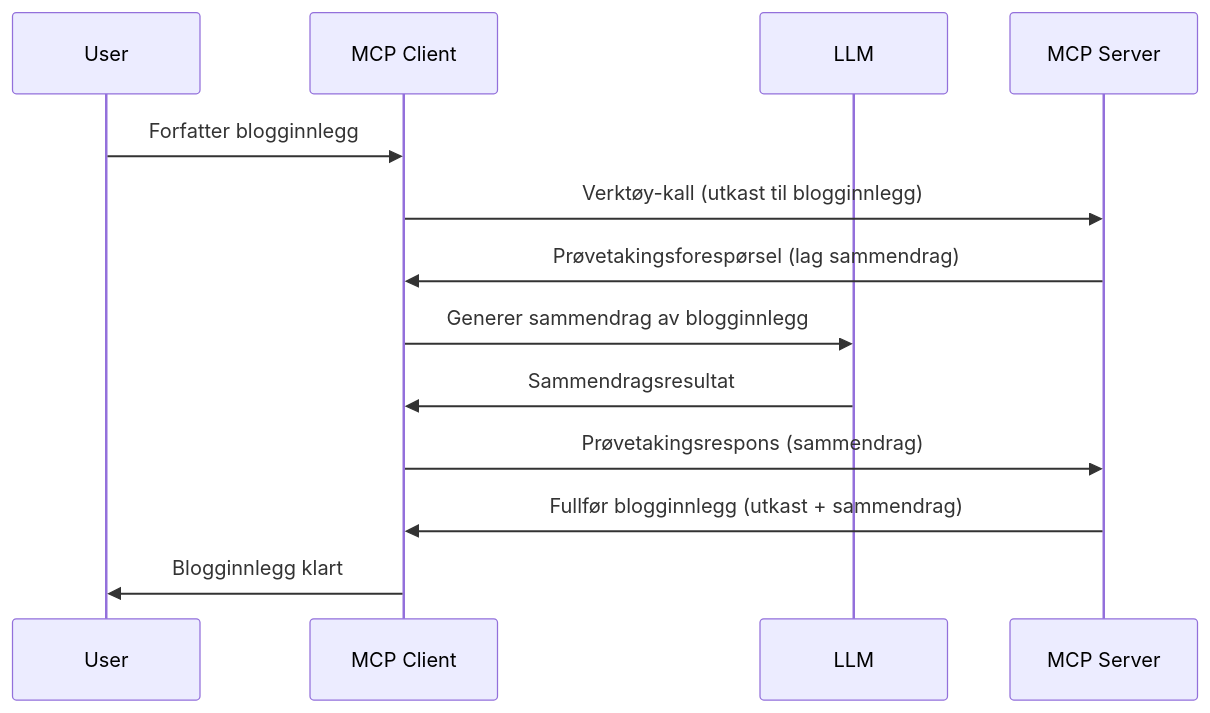
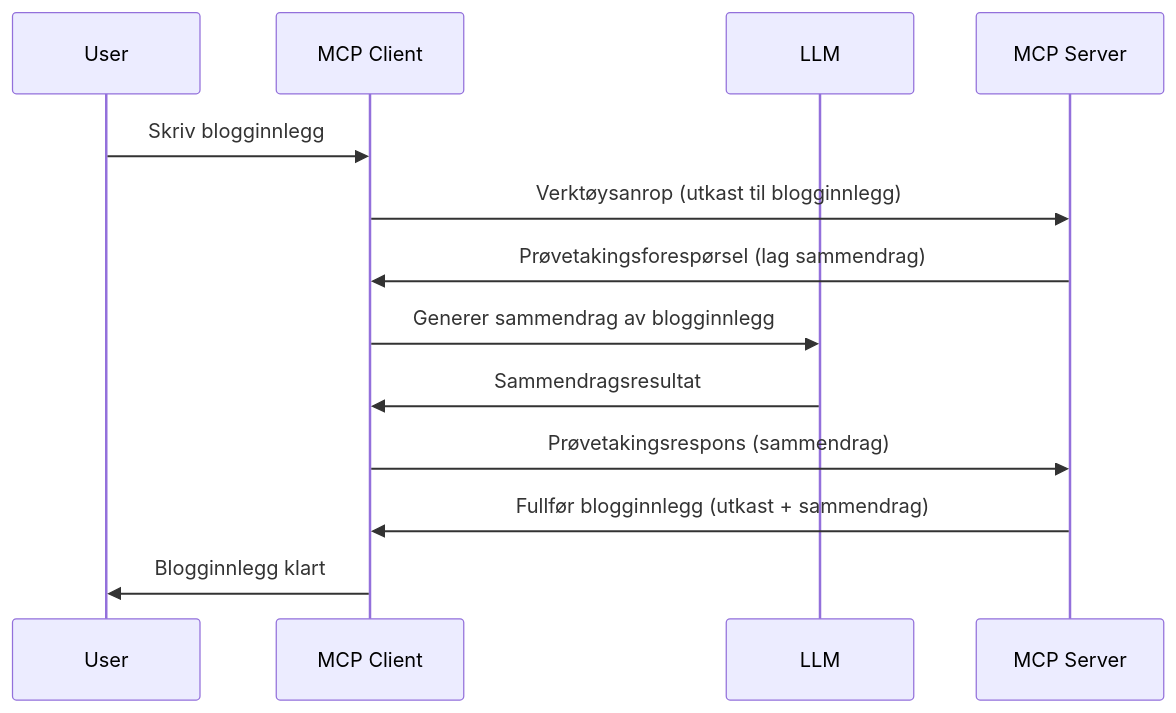
Before and after one commit to HIDORAKAI002/ai-workspace-archive: the diagram in mcp_ecosystem__model_context_protocol/mcp_learning_resources/mcp-for-beginners/translations/no/03-GettingStarted/14-sampling/README.md, drawn with Mermaid. The commit also changed other lines of this file and 1046 other files, not shown here.

````diff
--- a/mcp_ecosystem__model_context_protocol/mcp_learning_resources/mcp-for-beginners/translations/no/03-GettingStarted/14-sampling/README.md
+++ b/mcp_ecosystem__model_context_protocol/mcp_learning_resources/mcp-for-beginners/translations/no/03-GettingStarted/14-sampling/README.md
@@ -23,16 +25,16 @@
 ```mermaid
 sequenceDiagram
     participant User
     participant MCP Client
     participant LLM
     participant MCP Server
 
-    User->>MCP Client: Forfatter blogginnlegg
-    MCP Client->>MCP Server: Verktøy-kall (utkast til blogginnlegg)
+    User->>MCP Client: Skriv blogginnlegg
+    MCP Client->>MCP Server: Verktøysanrop (utkast til blogginnlegg)
     MCP Server->>MCP Client: Prøvetakingsforespørsel (lag sammendrag)
     MCP Client->>LLM: Generer sammendrag av blogginnlegg
     LLM->>MCP Client: Sammendragsresultat
     MCP Client->>MCP Server: Prøvetakingsrespons (sammendrag)
     MCP Server->>MCP Client: Fullfør blogginnlegg (utkast + sammendrag)
     MCP Client->>User: Blogginnlegg klart
 ```
````
